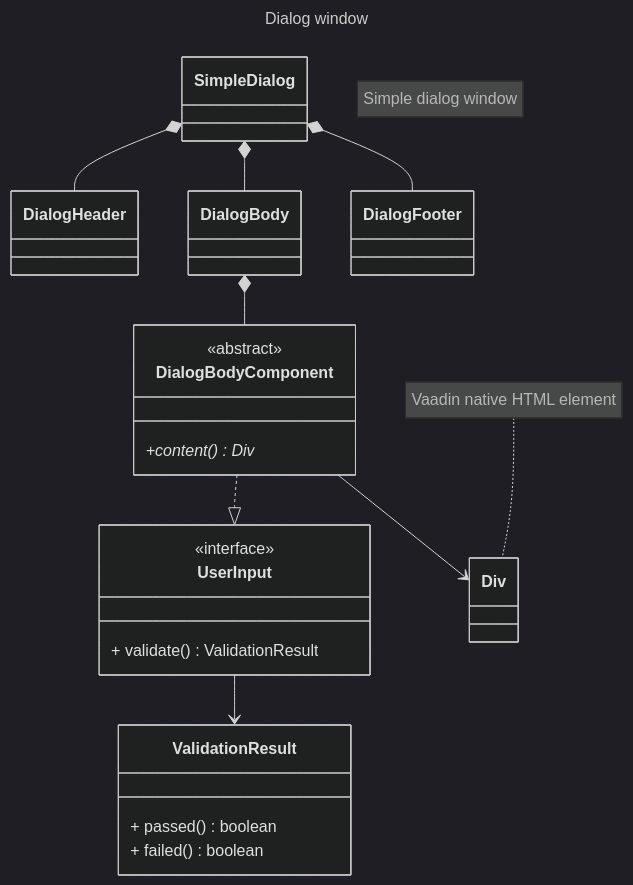
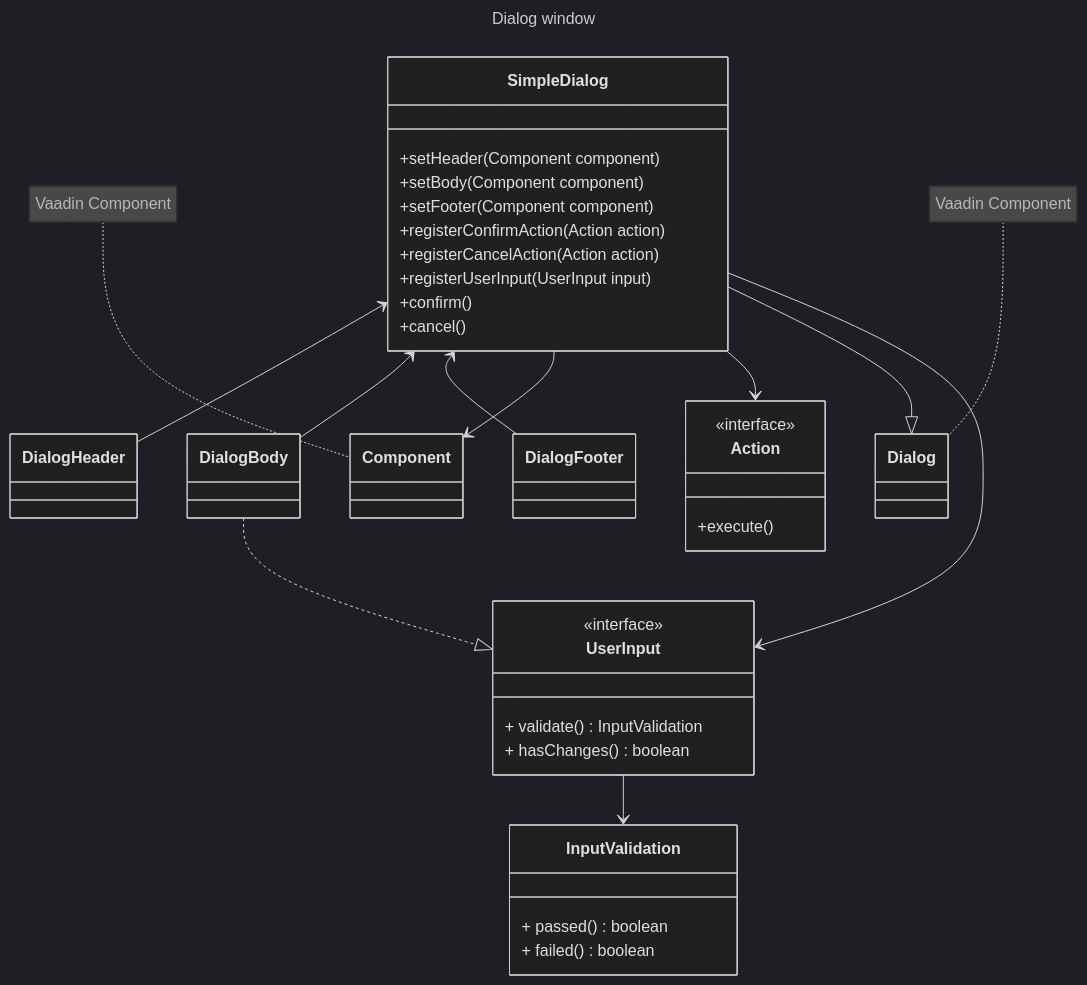
Before and after one commit to qbicsoftware/data-manager-app: the diagram in user-interface/front-end-components.md, drawn with Mermaid (dark theme). The commit also changed 10 other files, not shown here.

````diff
--- a/user-interface/front-end-components.md
+++ b/user-interface/front-end-components.md
@@ -6,52 +6,63 @@
 ```mermaid
 ---
 title: Dialog window
 ---
 
 classDiagram
-    note "Simple dialog window"
-    note for Div "Vaadin native HTML element"
-    SimpleDialog *-- DialogHeader
-    SimpleDialog *--DialogBody
-    SimpleDialog *-- DialogFooter
-    DialogBody *-- DialogBodyComponent
-    UserInput --> ValidationResult
-    DialogBodyComponent ..|> UserInput
-    DialogBodyComponent --> Div
+    note for Component "Vaadin Component"
+    note for Dialog "Vaadin Component"
+    SimpleDialog <-- DialogHeader
+    SimpleDialog <-- DialogBody
+    SimpleDialog <-- DialogFooter
+    DialogBody ..|> UserInput
+    UserInput --> InputValidation
+    SimpleDialog --> Component
+    SimpleDialog --> Action
+    SimpleDialog --|> Dialog
+    SimpleDialog --> UserInput
     
-    class Div {
-       
-    }
-    
-    class SimpleDialog {
+    class Dialog {
         
     }
-    
+
+    class Component {
+    }
+
+    class SimpleDialog {
+        +setHeader(Component component)
+        +setBody(Component component)
+        +setFooter(Component component)
+        +registerConfirmAction(Action action)
+        +registerCancelAction(Action action)
+        +registerUserInput(UserInput input)
+        
+        +confirm()
+        +cancel()
+    }
+
     class DialogHeader {
-        
     }
-     
+
     class DialogBody {
-        
     }
-    
+
+    class Action {
+        <<interface>>
+        +execute()
+    }
+
     class DialogFooter {
-        
     }
-    
-    class DialogBodyComponent {
-        <<abstract>>
-        +content() Div*
-    }
-    
-    class ValidationResult {
+
+    class InputValidation {
         + passed() boolean
         + failed() boolean
     }
-    
+
     class UserInput {
         <<interface>>
-        + validate() ValidationResult
+        + validate() InputValidation
+        + hasChanges() boolean
     }
 
 ```
````
